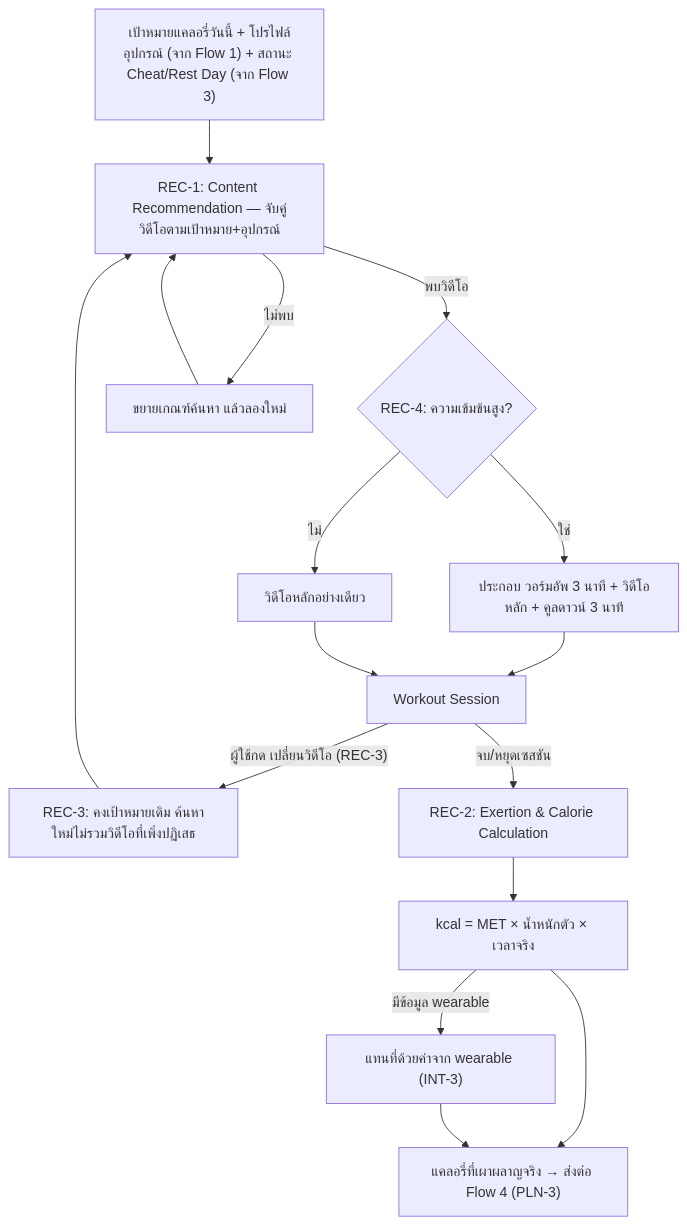
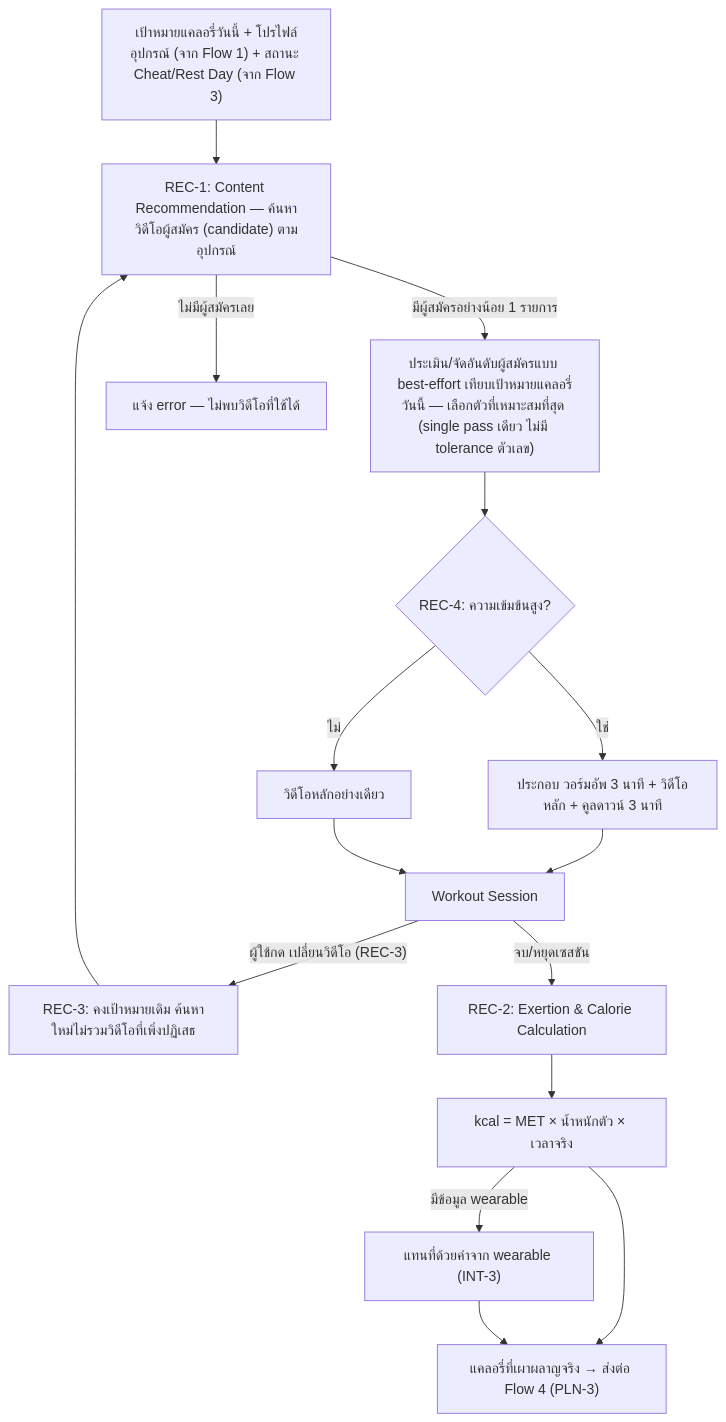
The third of 6 diagrams in docs/02-design/02-technical/high-level-architecture.md (Kikofah/smartFit_daily), drawn with Mermaid before and after one commit. The commit also changed other lines of this file and 10 other files, not shown here.

````diff
--- a/docs/02-design/02-technical/high-level-architecture.md
+++ b/docs/02-design/02-technical/high-level-architecture.md
@@ -297,18 +318,18 @@
 ```mermaid
 flowchart TD
-    IN["เป้าหมายแคลอรี่วันนี้ + โปรไฟล์อุปกรณ์ (จาก Flow 1) + สถานะ Cheat/Rest Day (จาก Flow 3)"] --> R1["REC-1: Content Recommendation — จับคู่วิดีโอตามเป้าหมาย+อุปกรณ์"]
-    R1 -->|พบวิดีโอ| R4{"REC-4: ความเข้มข้นสูง?"}
-    R1 -->|ไม่พบ| R1B["ขยายเกณฑ์ค้นหา แล้วลองใหม่"]
-    R1B --> R1
+    IN["เป้าหมายแคลอรี่วันนี้ + โปรไฟล์อุปกรณ์ (จาก Flow 1) + สถานะ Cheat/Rest Day (จาก Flow 3)"] --> R1A["REC-1: Content Recommendation — ค้นหาวิดีโอผู้สมัคร (candidate) ตามอุปกรณ์"]
+    R1A -->|มีผู้สมัครอย่างน้อย 1 รายการ| R1B["ประเมิน/จัดอันดับผู้สมัครแบบ best-effort เทียบเป้าหมายแคลอรี่วันนี้ — เลือกตัวที่เหมาะสมที่สุด (single pass เดียว ไม่มี tolerance ตัวเลข)"]
+    R1A -->|ไม่มีผู้สมัครเลย| R1ERR["แจ้ง error — ไม่พบวิดีโอที่ใช้ได้"]
+    R1B --> R4{"REC-4: ความเข้มข้นสูง?"}
     R4 -- ใช่ --> R4A["ประกอบ วอร์มอัพ 3 นาที + วิดีโอหลัก + คูลดาวน์ 3 นาที"]
     R4 -- ไม่ --> R4B["วิดีโอหลักอย่างเดียว"]
     R4A --> SESSION["Workout Session"]
     R4B --> SESSION
     SESSION -->|"ผู้ใช้กด เปลี่ยนวิดีโอ (REC-3)"| R3["REC-3: คงเป้าหมายเดิม ค้นหาใหม่ไม่รวมวิดีโอที่เพิ่งปฏิเสธ"]
-    R3 --> R1
+    R3 --> R1A
     SESSION -->|จบ/หยุดเซสชัน| R2["REC-2: Exertion & Calorie Calculation"]
     R2 --> R2A["kcal = MET × น้ำหนักตัว × เวลาจริง"]
     R2A -->|มีข้อมูล wearable| R2B["แทนที่ด้วยค่าจาก wearable (INT-3)"]
     R2A --> OUT["แคลอรี่ที่เผาผลาญจริง → ส่งต่อ Flow 4 (PLN-3)"]
     R2B --> OUT
 ```
````
